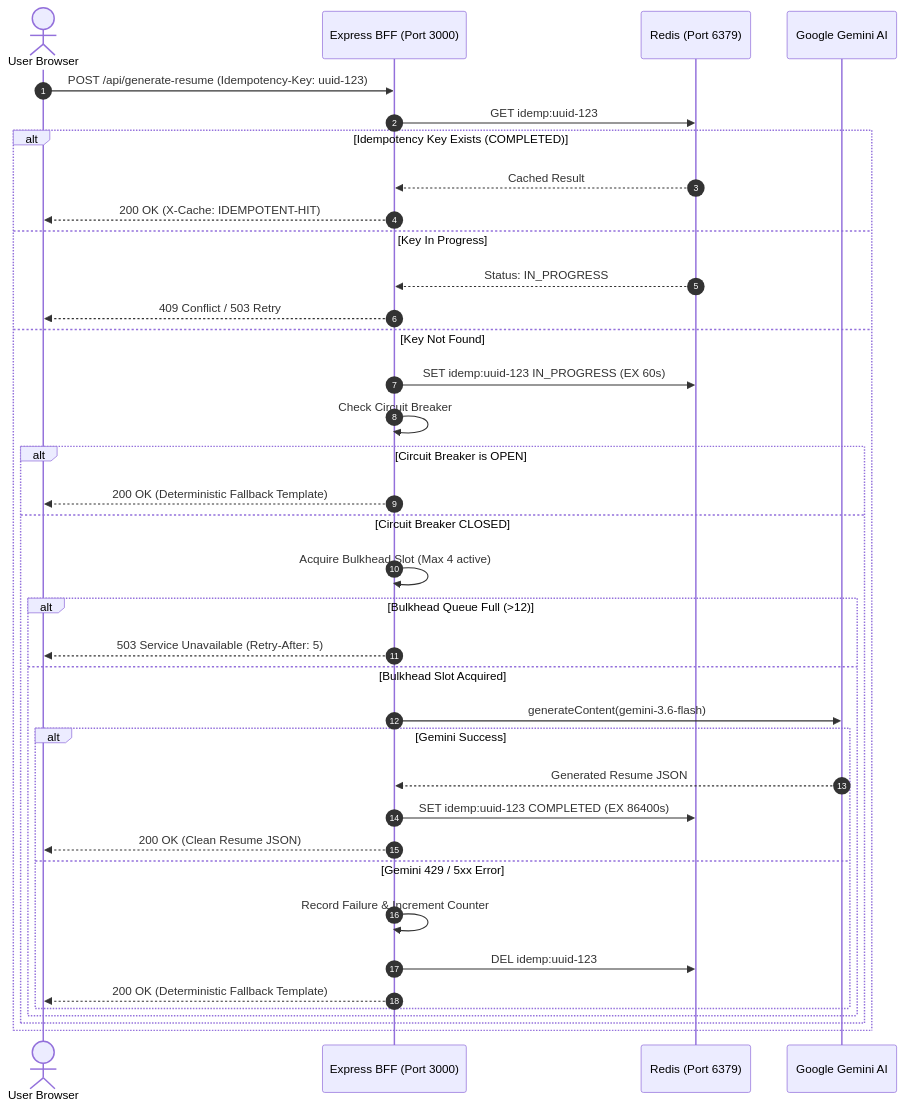
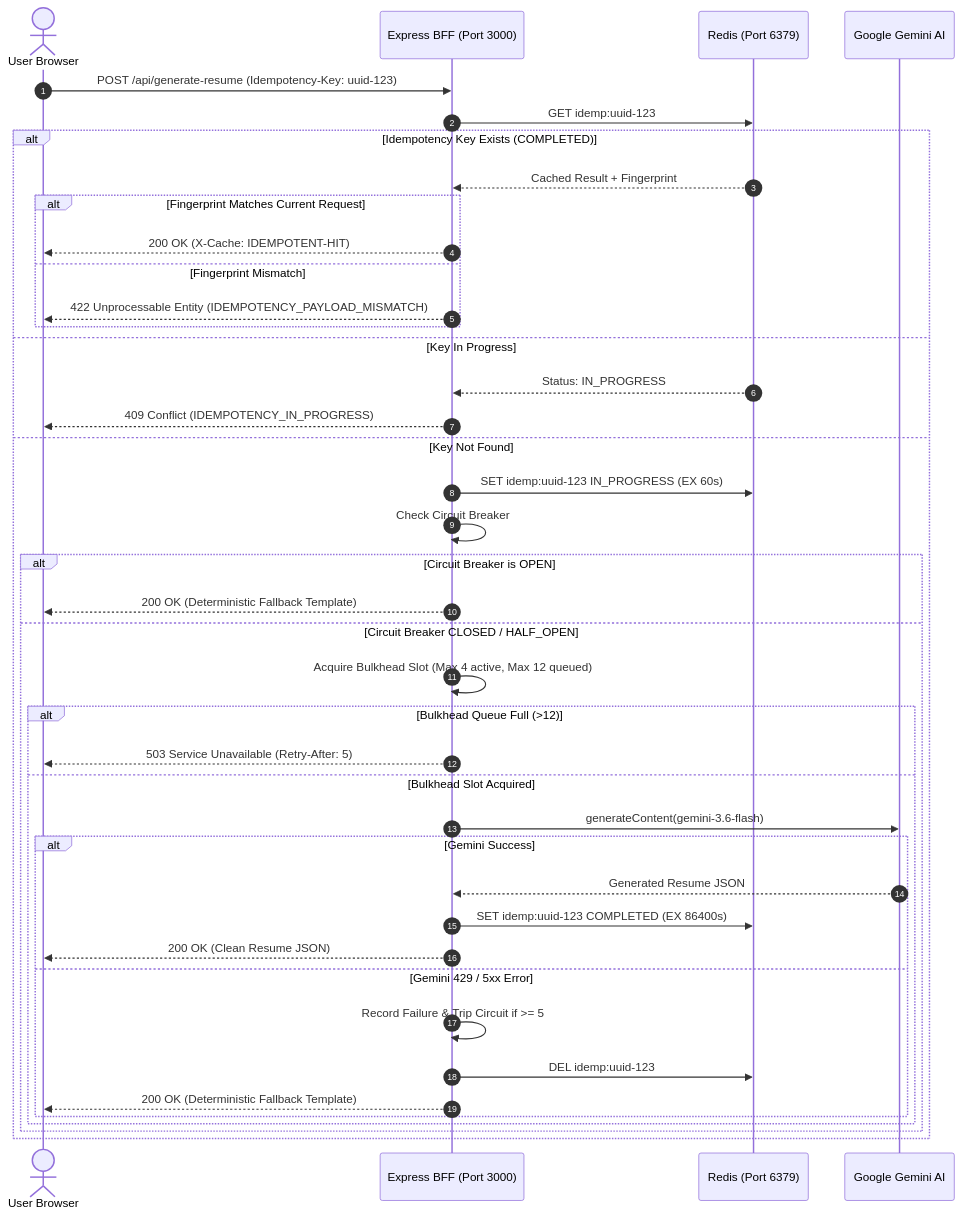
One commit to Ramakrishnan-2002/Intellresume_2026 changed the second of 3 diagrams in docs/system-design.md. Above: the diagram before and after it, drawn with Mermaid. The commit also changed other lines of this file and 4 other files, not shown here.

Commit message:
chore(adversarial): validate atomic OCC, bulkhead, circuit breaker transitions, and capacity boundaries

````diff
--- a/docs/system-design.md
+++ b/docs/system-design.md
@@ -62,40 +58,44 @@
 ```mermaid
 sequenceDiagram
     autonumber
     actor User as User Browser
     participant BFF as Express BFF (Port 3000)
     participant Redis as Redis (Port 6379)
     participant Gemini as Google Gemini AI
 
     User->>BFF: POST /api/generate-resume (Idempotency-Key: uuid-123)
     BFF->>Redis: GET idemp:uuid-123
     alt Idempotency Key Exists (COMPLETED)
-        Redis-->>BFF: Cached Result
-        BFF-->>User: 200 OK (X-Cache: IDEMPOTENT-HIT)
+        Redis-->>BFF: Cached Result + Fingerprint
+        alt Fingerprint Matches Current Request
+            BFF-->>User: 200 OK (X-Cache: IDEMPOTENT-HIT)
+        else Fingerprint Mismatch
+            BFF-->>User: 422 Unprocessable Entity (IDEMPOTENCY_PAYLOAD_MISMATCH)
+        end
     else Key In Progress
         Redis-->>BFF: Status: IN_PROGRESS
-        BFF-->>User: 409 Conflict / 503 Retry
+        BFF-->>User: 409 Conflict (IDEMPOTENCY_IN_PROGRESS)
     else Key Not Found
         BFF->>Redis: SET idemp:uuid-123 IN_PROGRESS (EX 60s)
         BFF->>BFF: Check Circuit Breaker
         alt Circuit Breaker is OPEN
             BFF-->>User: 200 OK (Deterministic Fallback Template)
-        else Circuit Breaker CLOSED
-            BFF->>BFF: Acquire Bulkhead Slot (Max 4 active)
+        else Circuit Breaker CLOSED / HALF_OPEN
+            BFF->>BFF: Acquire Bulkhead Slot (Max 4 active, Max 12 queued)
             alt Bulkhead Queue Full (>12)
                 BFF-->>User: 503 Service Unavailable (Retry-After: 5)
             else Bulkhead Slot Acquired
                 BFF->>Gemini: generateContent(gemini-3.6-flash)
                 alt Gemini Success
                     Gemini-->>BFF: Generated Resume JSON
                     BFF->>Redis: SET idemp:uuid-123 COMPLETED (EX 86400s)
                     BFF-->>User: 200 OK (Clean Resume JSON)
                 else Gemini 429 / 5xx Error
-                    BFF->>BFF: Record Failure & Increment Counter
+                    BFF->>BFF: Record Failure & Trip Circuit if >= 5
                     BFF->>Redis: DEL idemp:uuid-123
                     BFF-->>User: 200 OK (Deterministic Fallback Template)
                 end
             end
         end
     end
 ```
````
